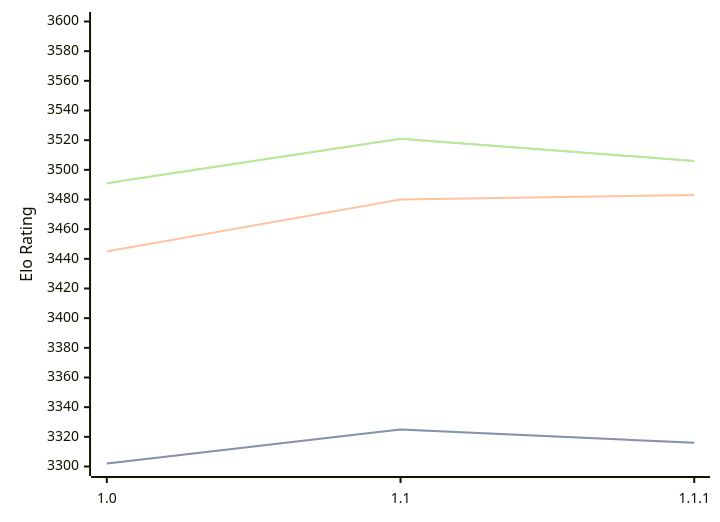
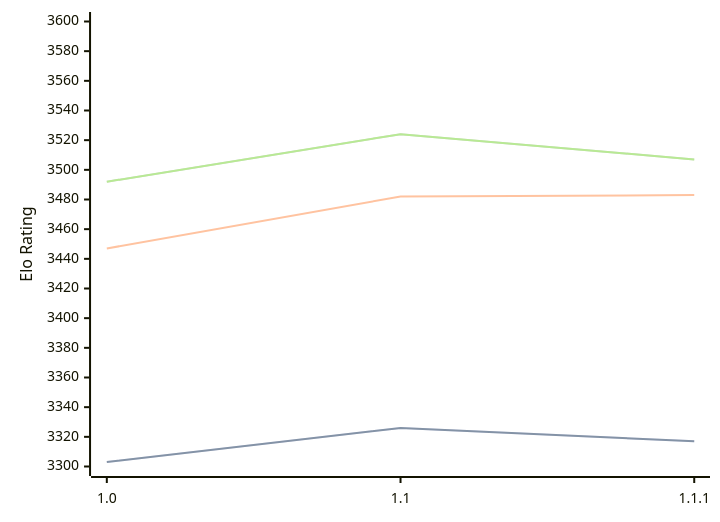
One commit to computer-chess-index/cci changed the diagram in engines/Icarus.md. Above: the diagram before and after it, drawn with Mermaid. The commit also changed other lines of this file, not shown here.

Commit message:
Update CCI Ratings (ELO VLTC) - 2026-08-15

````diff
--- a/engines/Icarus.md
+++ b/engines/Icarus.md
@@ -33,11 +33,11 @@
 ```mermaid
 %%{init: {"theme":"base","themeVariables":{"seriesColors:['#a3a3a3','#222221','#faa371']}}}%%
 xychart-beta
   x-axis ["1.0", "1.1", "1.1.1"]
   y-axis "Elo Rating" 3300 --> 3600
-  line "STC (8.0+0.08s)" [3302, 3325, 3316]
-  line "STC (8.0+0.08s)" [3302, 3325, 3316]
-  line "LTC (60.0+0.60s)" [3445, 3480, 3483]
-  line "VLTC (2m24s+1.12s)" [3491, 3521, 3506]
-  line "VLTC (2m24s+1.12s)" [3491, 3521, 3506]
+  line "STC (8.0+0.08s)" [3303, 3326, 3317]
+  line "STC (8.0+0.08s)" [3303, 3326, 3317]
+  line "LTC (60.0+0.60s)" [3447, 3482, 3483]
+  line "VLTC (2m24s+1.12s)" [3492, 3524, 3507]
+  line "VLTC (2m24s+1.12s)" [3492, 3524, 3507]
 ```
````
